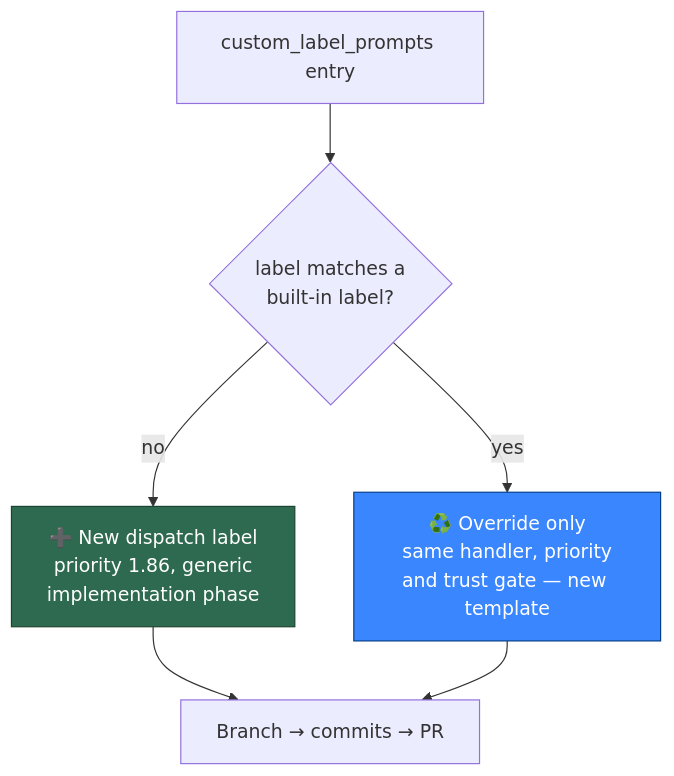
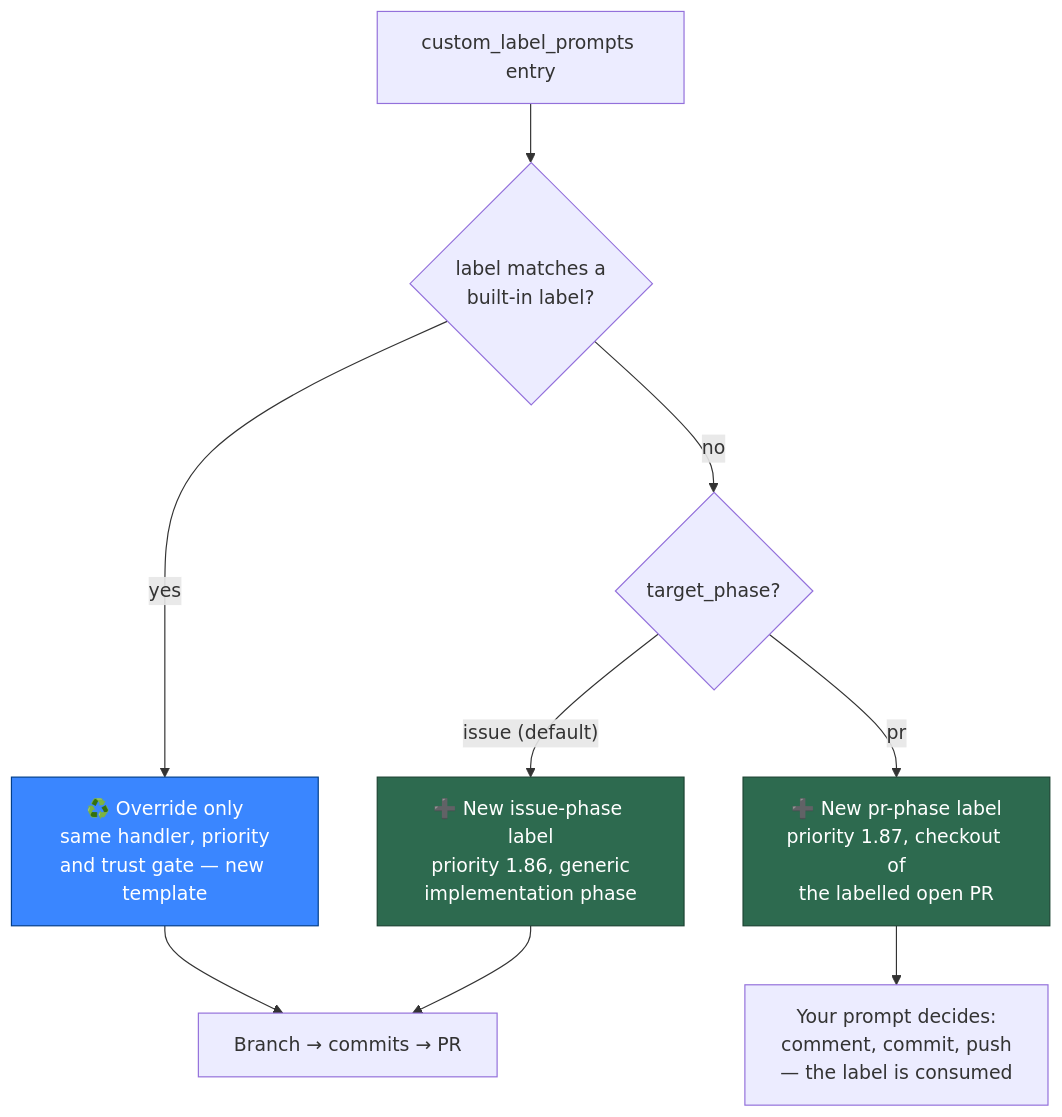
Before and after one commit to stSoftwareAU/VibeCoder: the first of 2 diagrams in docs/CUSTOM-PROMPTS.md, drawn with Mermaid. The commit also changed other lines of this file and 27 other files, not shown here.

First line of the commit message:
feat: PR-phase custom label prompts, end to end (Issues #1008, #1009, #1010, #1011, #1012)

````diff
--- a/docs/CUSTOM-PROMPTS.md
+++ b/docs/CUSTOM-PROMPTS.md
@@ -56,10 +58,14 @@
 ```mermaid
 flowchart TD
     M["custom_label_prompts entry"] --> Q{"label matches a<br/>built-in label?"}
-    Q -- no --> N["➕ New dispatch label<br/>priority 1.86, generic<br/>implementation phase"]
+    Q -- no --> P{"target_phase?"}
     Q -- yes --> O["♻️ Override only<br/>same handler, priority<br/>and trust gate — new template"]
+    P -- "issue (default)" --> N["➕ New issue-phase label<br/>priority 1.86, generic<br/>implementation phase"]
+    P -- pr --> PR["➕ New pr-phase label<br/>priority 1.87, checkout of<br/>the labelled open PR"]
     N --> R["Branch → commits → PR"]
     O --> R
+    PR --> RC["Your prompt decides:<br/>comment, commit, push<br/>— the label is consumed"]
     style N fill:#2d6a4f,stroke:#1b4332,color:#fff
+    style PR fill:#2d6a4f,stroke:#1b4332,color:#fff
     style O fill:#3a86ff,stroke:#023e8a,color:#fff
 ```
````
